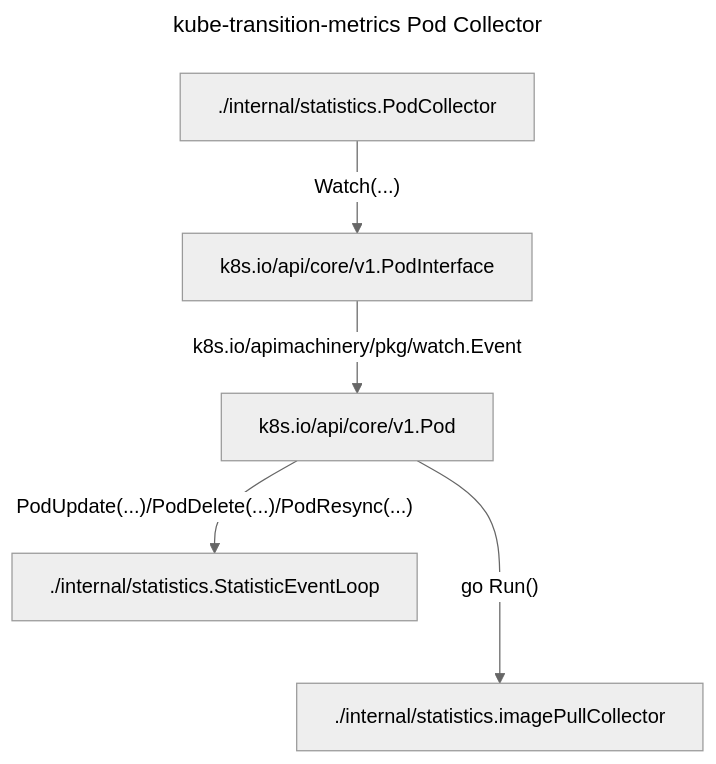
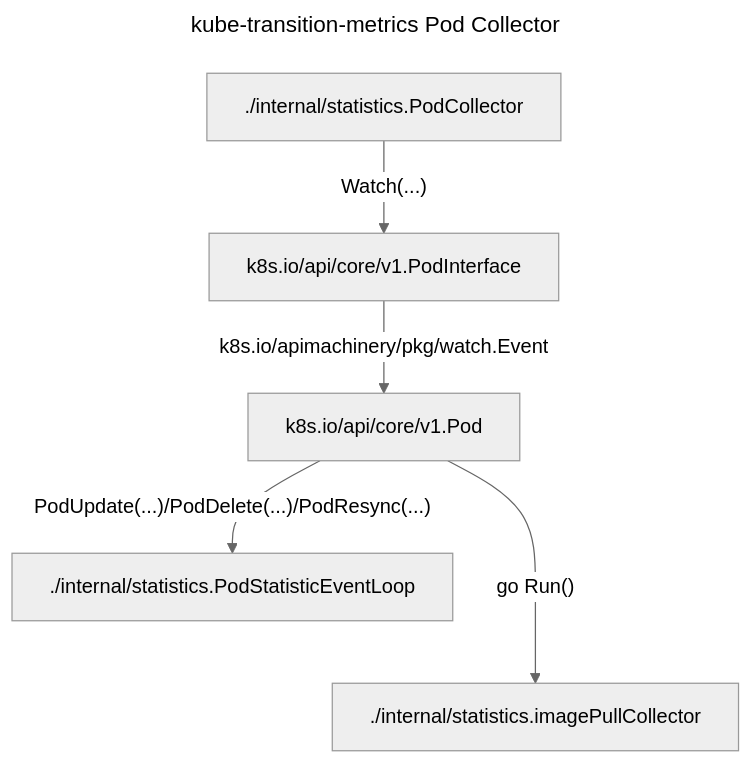
The second of 6 diagrams in doc/ARCHITECTURE.md (backmarket-oss/kube-transition-metrics), drawn with Mermaid (neutral theme) before and after one commit. The commit also changed other lines of this file, not shown here.

````diff
--- a/doc/ARCHITECTURE.md
+++ b/doc/ARCHITECTURE.md
@@ -68,17 +74,17 @@
 ```mermaid
 ---
 title: "kube-transition-metrics Pod Collector"
 ---
 flowchart TD
     PodCollector["./internal/statistics.PodCollector"]
     imagePullCollector["./internal/statistics.imagePullCollector"]
     PodsWatch["k8s.io/api/core/v1.PodInterface"]
     Pod["k8s.io/api/core/v1.Pod"]
-    StatisticEventLoop["./internal/statistics.StatisticEventLoop"]
+    PodStatisticEventLoop["./internal/statistics.PodStatisticEventLoop"]
 
     PodCollector
         -->|"Watch(...)"| PodsWatch
         -->|"k8s.io/apimachinery/pkg/watch.Event"| Pod
-        -->|"PodUpdate(...)/PodDelete(...)/PodResync(...)"| StatisticEventLoop
+        -->|"PodUpdate(...)/PodDelete(...)/PodResync(...)"| PodStatisticEventLoop
     Pod --->|"go Run()"| imagePullCollector
 ```
````
